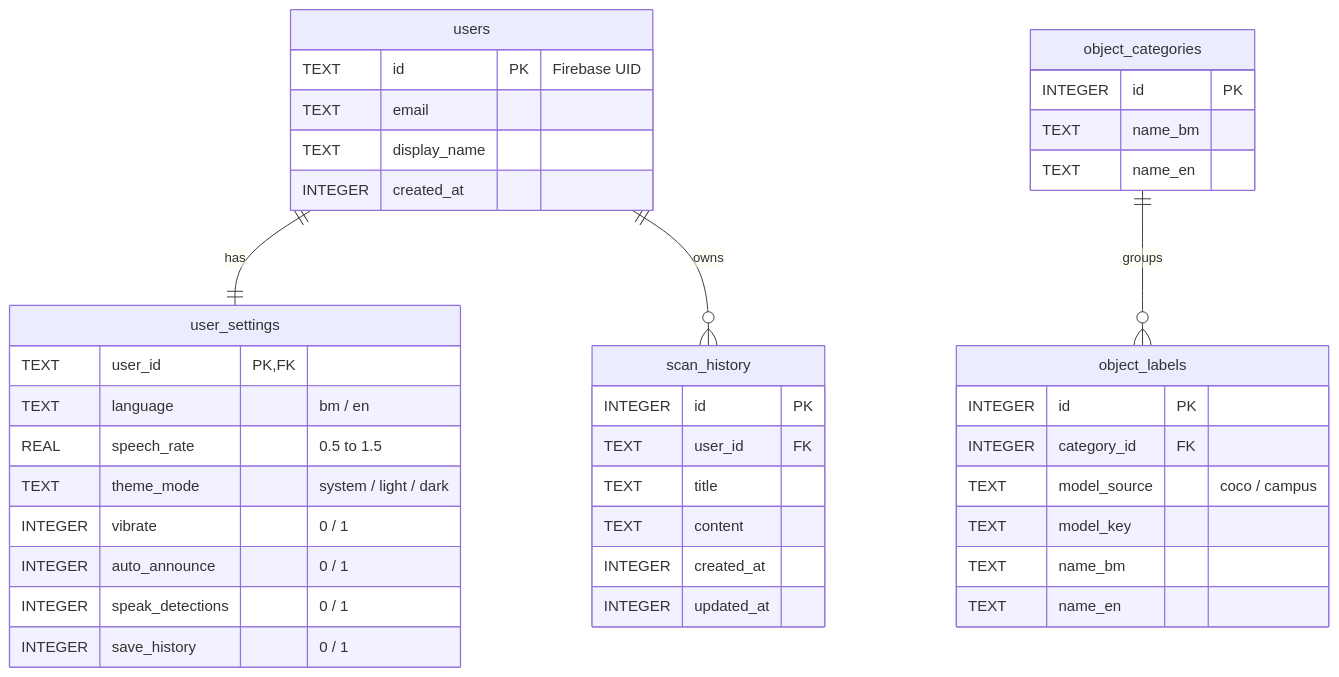
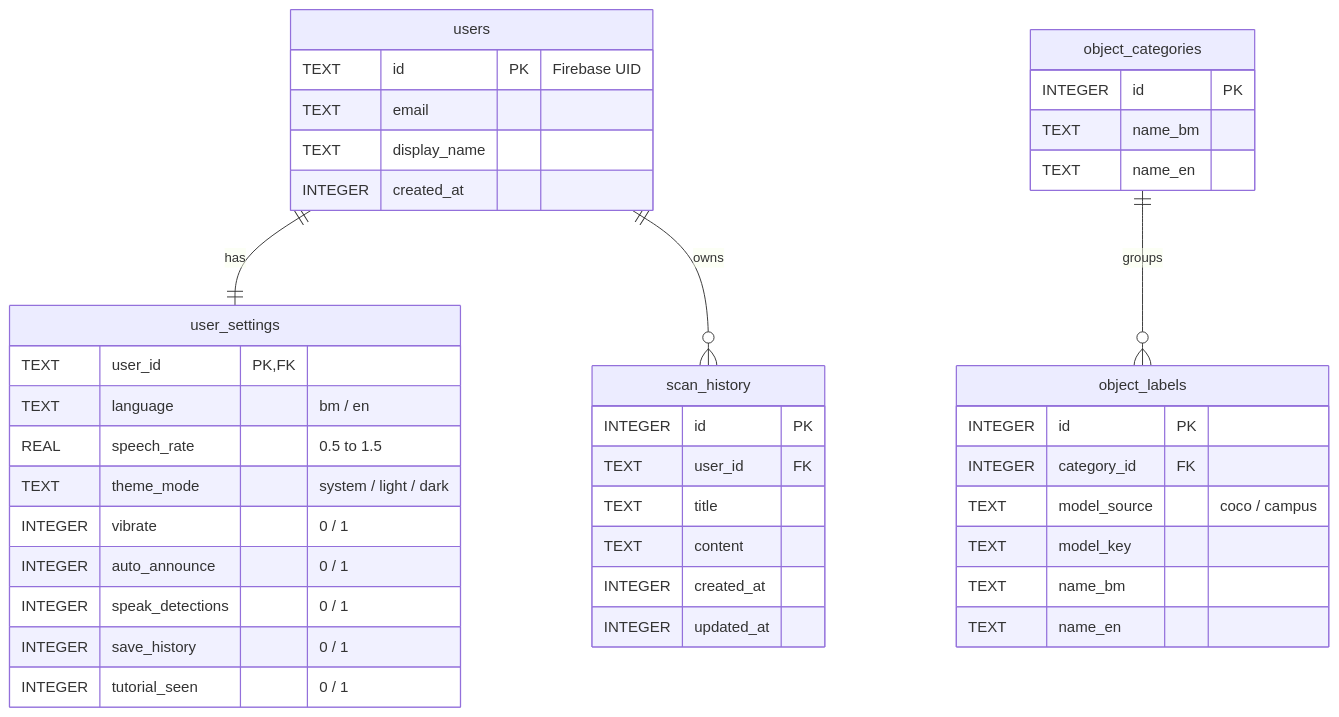
Before and after one commit to MissFiena/IrisVision: the diagram in docs/database.md, drawn with Mermaid. The commit also changed other lines of this file and 12 other files, not shown here.

Commit message:
Increment 3: Help screen (topic menu), TalkBack-first speech rules, screen announcements, DB v2 tutorial_seen

````diff
--- a/docs/database.md
+++ b/docs/database.md
@@ -7,44 +7,45 @@
 ```mermaid
 erDiagram
     users ||--|| user_settings : has
     users ||--o{ scan_history : owns
     object_categories ||--o{ object_labels : groups
 
     users {
         TEXT id PK "Firebase UID"
         TEXT email
         TEXT display_name
         INTEGER created_at
     }
     user_settings {
         TEXT user_id PK, FK
         TEXT language "bm / en"
         REAL speech_rate "0.5 to 1.5"
         TEXT theme_mode "system / light / dark"
         INTEGER vibrate "0 / 1"
         INTEGER auto_announce "0 / 1"
         INTEGER speak_detections "0 / 1"
         INTEGER save_history "0 / 1"
+        INTEGER tutorial_seen "0 / 1"
     }
     scan_history {
         INTEGER id PK
         TEXT user_id FK
         TEXT title
         TEXT content
         INTEGER created_at
         INTEGER updated_at
     }
     object_categories {
         INTEGER id PK
         TEXT name_bm
         TEXT name_en
     }
     object_labels {
         INTEGER id PK
         INTEGER category_id FK
         TEXT model_source "coco / campus"
         TEXT model_key
         TEXT name_bm
         TEXT name_en
     }
 ```
````
